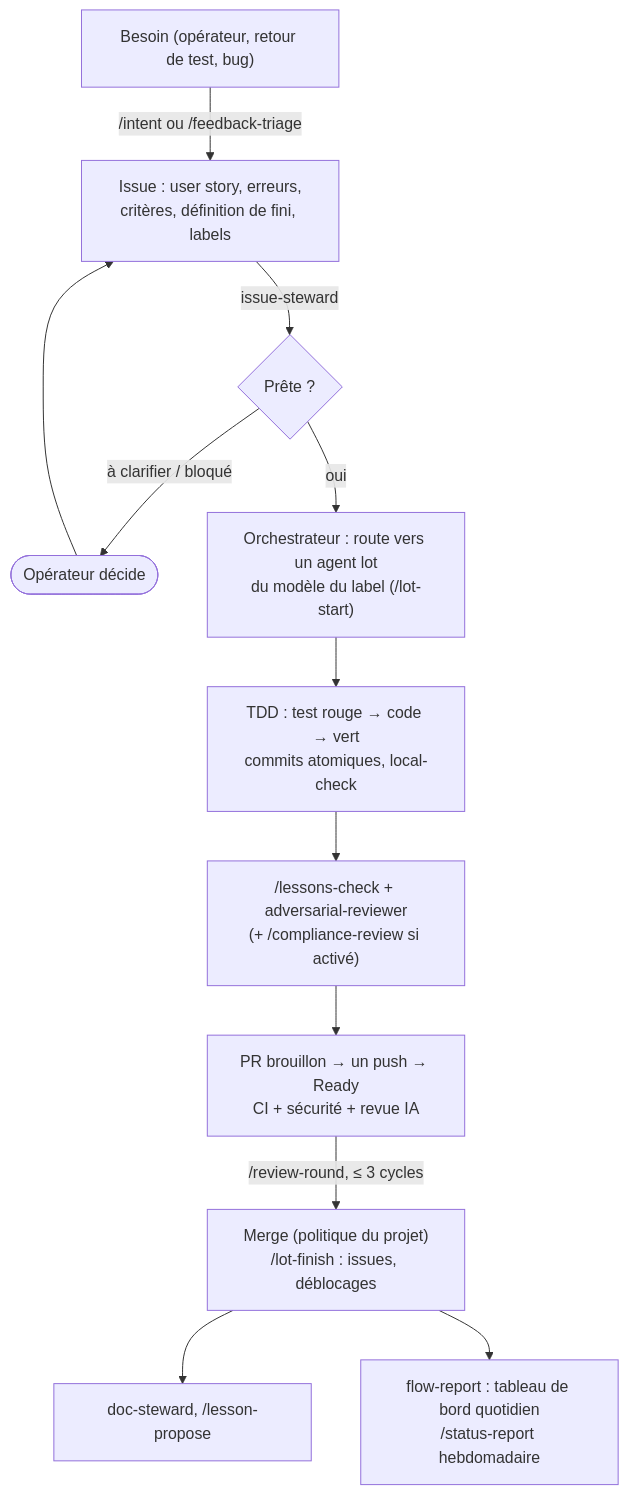
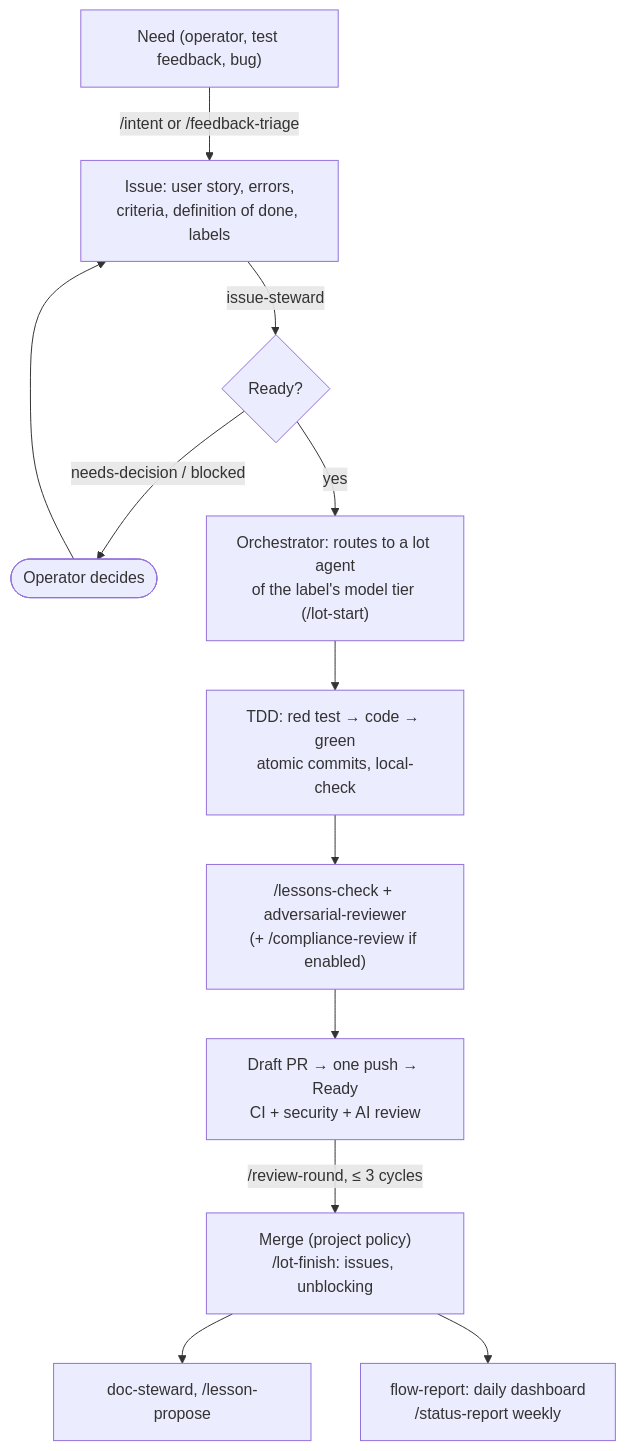
The diagram in docs/USAGE.md (francoisgn/Agentic-Harness), drawn with Mermaid before and after one commit. The commit also changed other lines of this file and 52 other files, not shown here.

````diff
--- a/docs/USAGE.md
+++ b/docs/USAGE.md
@@ -9,13 +9,13 @@
 ```mermaid
 flowchart TD
-  A["Besoin (opérateur, retour de test, bug)"] -->|/intent ou /feedback-triage| B["Issue : user story, erreurs,<br/>critères, définition de fini, labels"]
-  B -->|issue-steward| C{Prête ?}
-  C -- "à clarifier / bloqué" --> OP([Opérateur décide]) --> B
-  C -- oui --> D["Orchestrateur : route vers un agent lot<br/>du modèle du label (/lot-start)"]
-  D --> E["TDD : test rouge → code → vert<br/>commits atomiques, local-check"]
-  E --> F["/lessons-check + adversarial-reviewer<br/>(+ /compliance-review si activé)"]
-  F --> G["PR brouillon → un push → Ready<br/>CI + sécurité + revue IA"]
-  G -->|/review-round, ≤ 3 cycles| H["Merge (politique du projet)<br/>/lot-finish : issues, déblocages"]
+  A["Need (operator, test feedback, bug)"] -->|/intent or /feedback-triage| B["Issue: user story, errors,<br/>criteria, definition of done, labels"]
+  B -->|issue-steward| C{Ready?}
+  C -- "needs-decision / blocked" --> OP([Operator decides]) --> B
+  C -- yes --> D["Orchestrator: routes to a lot agent<br/>of the label's model tier (/lot-start)"]
+  D --> E["TDD: red test → code → green<br/>atomic commits, local-check"]
+  E --> F["/lessons-check + adversarial-reviewer<br/>(+ /compliance-review if enabled)"]
+  F --> G["Draft PR → one push → Ready<br/>CI + security + AI review"]
+  G -->|/review-round, ≤ 3 cycles| H["Merge (project policy)<br/>/lot-finish: issues, unblocking"]
   H --> I["doc-steward, /lesson-propose"]
-  H --> J["flow-report : tableau de bord quotidien<br/>/status-report hebdomadaire"]
+  H --> J["flow-report: daily dashboard<br/>/status-report weekly"]
 ```
````
